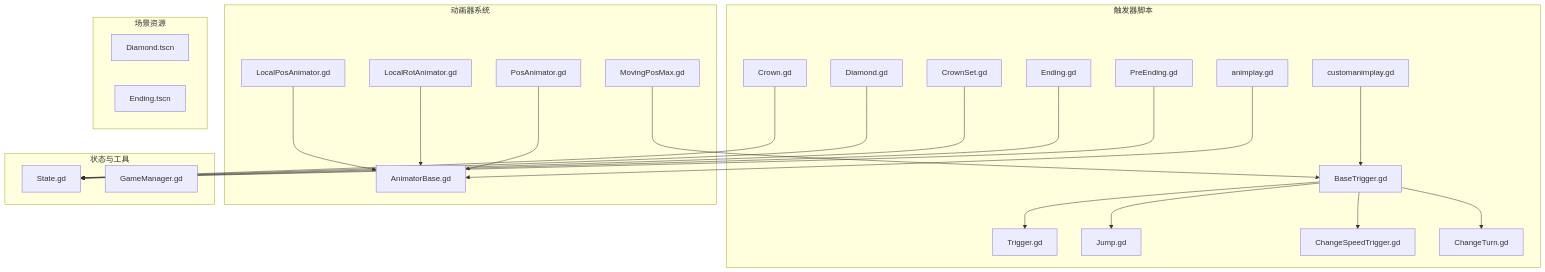
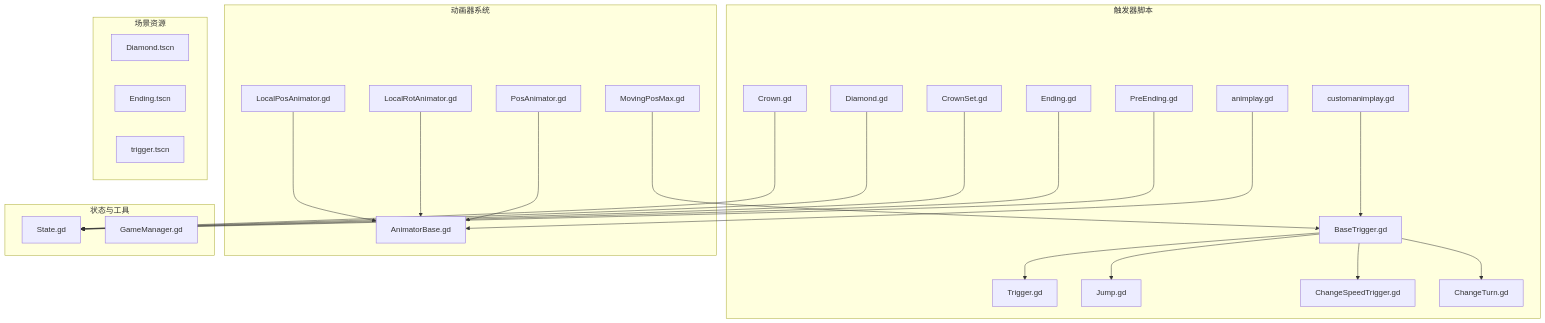
Before and after one commit to godotline/godot-line: the first of 12 diagrams in .qoder/repowiki/zh/content/游戏系统/触发器系统/触发器系统.md, drawn with Mermaid. The commit also changed other lines of this file and 18 other files, not shown here.

````diff
--- a/.qoder/repowiki/zh/content/游戏系统/触发器系统/触发器系统.md
+++ b/.qoder/repowiki/zh/content/游戏系统/触发器系统/触发器系统.md
@@ -72,47 +76,48 @@
 ```mermaid
 graph TB
 subgraph "触发器脚本"
 BT["BaseTrigger.gd"]
 TR["Trigger.gd"]
 JP["Jump.gd"]
 CST["ChangeSpeedTrigger.gd"]
 CT["ChangeTurn.gd"]
 CR["Crown.gd"]
 DM["Diamond.gd"]
 CS["CrownSet.gd"]
 ED["Ending.gd"]
 PED["PreEnding.gd"]
 AP["animplay.gd"]
 CAP["customanimplay.gd"]
 end
 subgraph "动画器系统"
 AB["AnimatorBase.gd"]
 LPA["LocalPosAnimator.gd"]
 LRA["LocalRotAnimator.gd"]
 POA["PosAnimator.gd"]
 MPM["MovingPosMax.gd"]
 end
 subgraph "状态与工具"
 ST["State.gd"]
 GM["GameManager.gd"]
 end
 subgraph "场景资源"
 SMD["Diamond.tscn"]
 SED["Ending.tscn"]
+STR["trigger.tscn"]
 end
 BT --> TR
 BT --> JP
 BT --> CST
 BT --> CT
 CR --> ST
 DM --> ST
 CS --> ST
 ED --> ST
 PED --> ST
 AP --> AB
 CAP --> BT
 LPA --> AB
 LRA --> AB
 POA --> AB
 MPM --> BT
 ```
````
